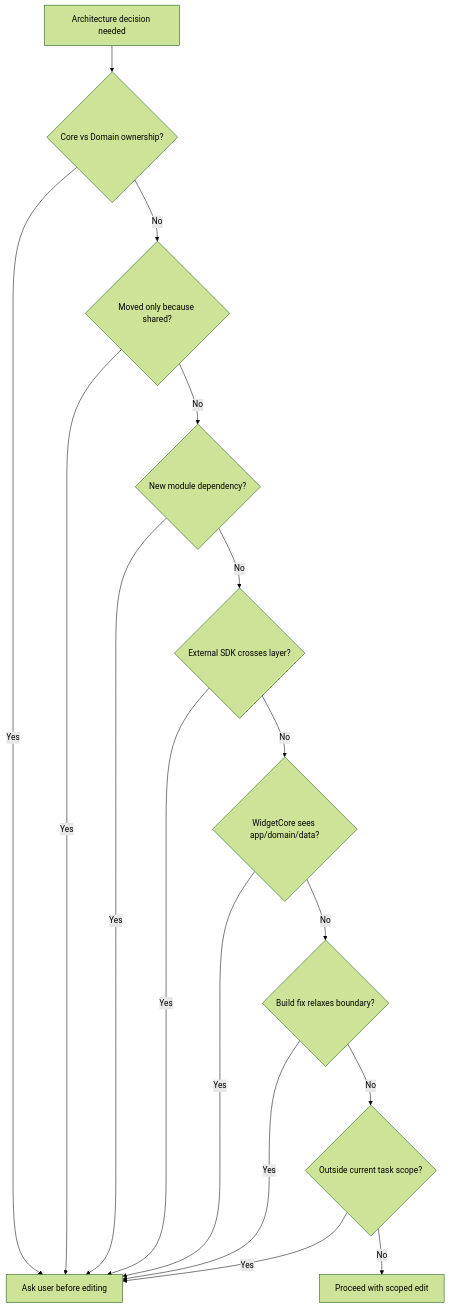
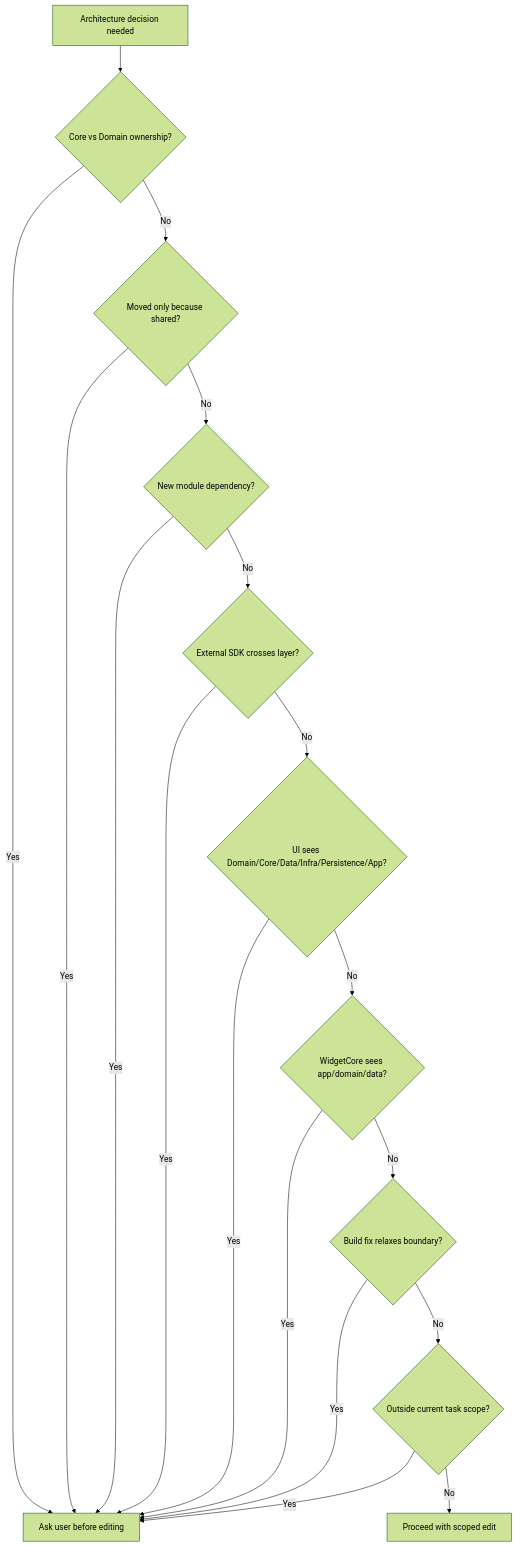
Before and after one commit to opficdev/DevLog_iOS: the fifth of 9 diagrams in .hermes/skills/devlog-architecture-harness/references/devlog-architecture-flow.md, drawn with Mermaid (forest theme). The commit also changed other lines of this file and 3 other files, not shown here.

````diff
--- a/.hermes/skills/devlog-architecture-harness/references/devlog-architecture-flow.md
+++ b/.hermes/skills/devlog-architecture-harness/references/devlog-architecture-flow.md
@@ -155,29 +160,32 @@
 ```mermaid
 flowchart TD
 	Check["Architecture decision needed"]
 	CoreDomain{"Core vs Domain ownership?"}
 	Shared{"Moved only because shared?"}
 	NewDependency{"New module dependency?"}
 	ExternalSDK{"External SDK crosses layer?"}
+	UIBoundary{"UI sees Domain/Core/Data/Infra/Persistence/App?"}
 	WidgetBoundary{"WidgetCore sees app/domain/data?"}
 	BuildShortcut{"Build fix relaxes boundary?"}
 	ScopeDrift{"Outside current task scope?"}
 	Ask["Ask user before editing"]
 	Proceed["Proceed with scoped edit"]
 
 	Check --> CoreDomain
 	CoreDomain -->|Yes| Ask
 	CoreDomain -->|No| Shared
 	Shared -->|Yes| Ask
 	Shared -->|No| NewDependency
 	NewDependency -->|Yes| Ask
 	NewDependency -->|No| ExternalSDK
 	ExternalSDK -->|Yes| Ask
-	ExternalSDK -->|No| WidgetBoundary
+	ExternalSDK -->|No| UIBoundary
+	UIBoundary -->|Yes| Ask
+	UIBoundary -->|No| WidgetBoundary
 	WidgetBoundary -->|Yes| Ask
 	WidgetBoundary -->|No| BuildShortcut
 	BuildShortcut -->|Yes| Ask
 	BuildShortcut -->|No| ScopeDrift
 	ScopeDrift -->|Yes| Ask
 	ScopeDrift -->|No| Proceed
 ```
````
